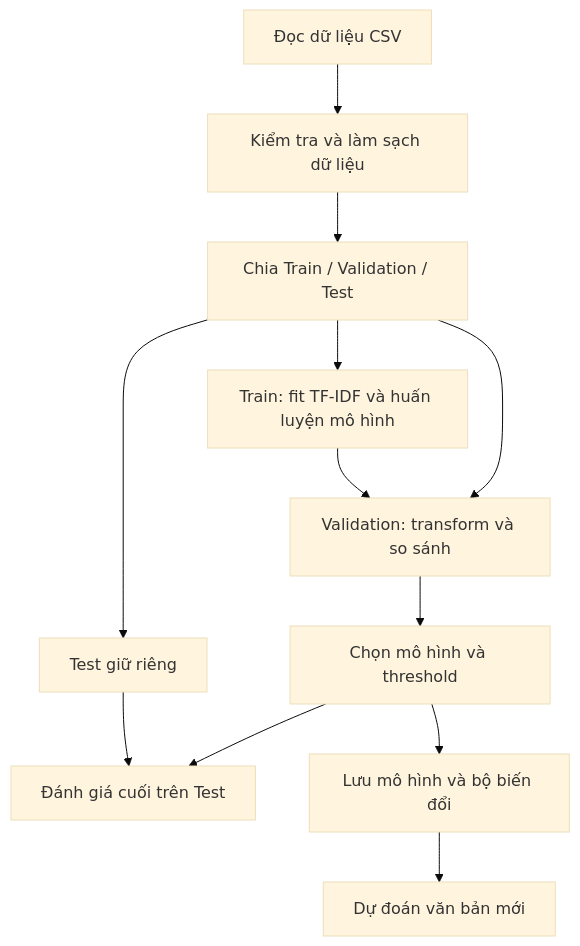
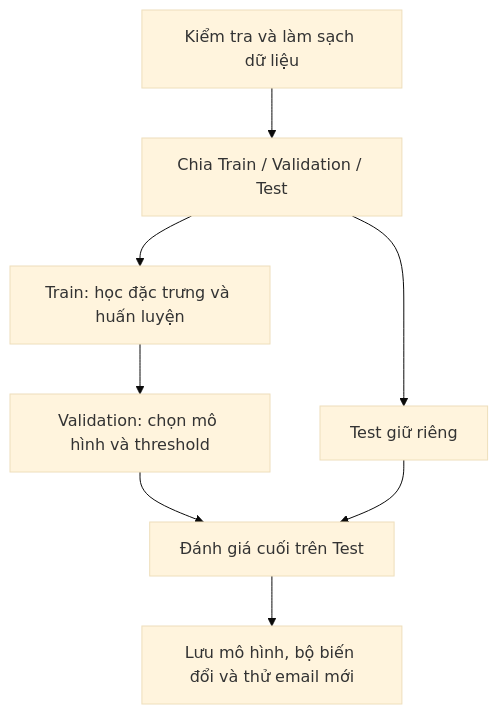
The diagram in docs/Algorithms/design.md (iamtien77/spam_classifier), drawn with Mermaid (base theme) before and after one commit. The commit also changed other lines of this file and 5 other files, not shown here.

````diff
--- a/docs/Algorithms/design.md
+++ b/docs/Algorithms/design.md
@@ -95,14 +95,10 @@
 ```mermaid
 flowchart TD
-    A[Đọc dữ liệu CSV] --> B[Kiểm tra và làm sạch dữ liệu]
-    B --> C[Chia Train / Validation / Test]
-    C --> D[Train: fit TF-IDF và huấn luyện mô hình]
-    C --> E[Validation: transform và so sánh]
-    D --> E
-    E --> F[Chọn mô hình và threshold]
-    C --> G[Test giữ riêng]
-    F --> H[Đánh giá cuối trên Test]
-    G --> H
-    F --> I[Lưu mô hình và bộ biến đổi]
-    I --> J[Dự đoán văn bản mới]
+    A[Kiểm tra và làm sạch dữ liệu] --> B[Chia Train / Validation / Test]
+    B --> C[Train: học đặc trưng và huấn luyện]
+    C --> D[Validation: chọn mô hình và threshold]
+    B --> E[Test giữ riêng]
+    D --> F[Đánh giá cuối trên Test]
+    E --> F
+    F --> G[Lưu mô hình, bộ biến đổi và thử email mới]
 ```
````
